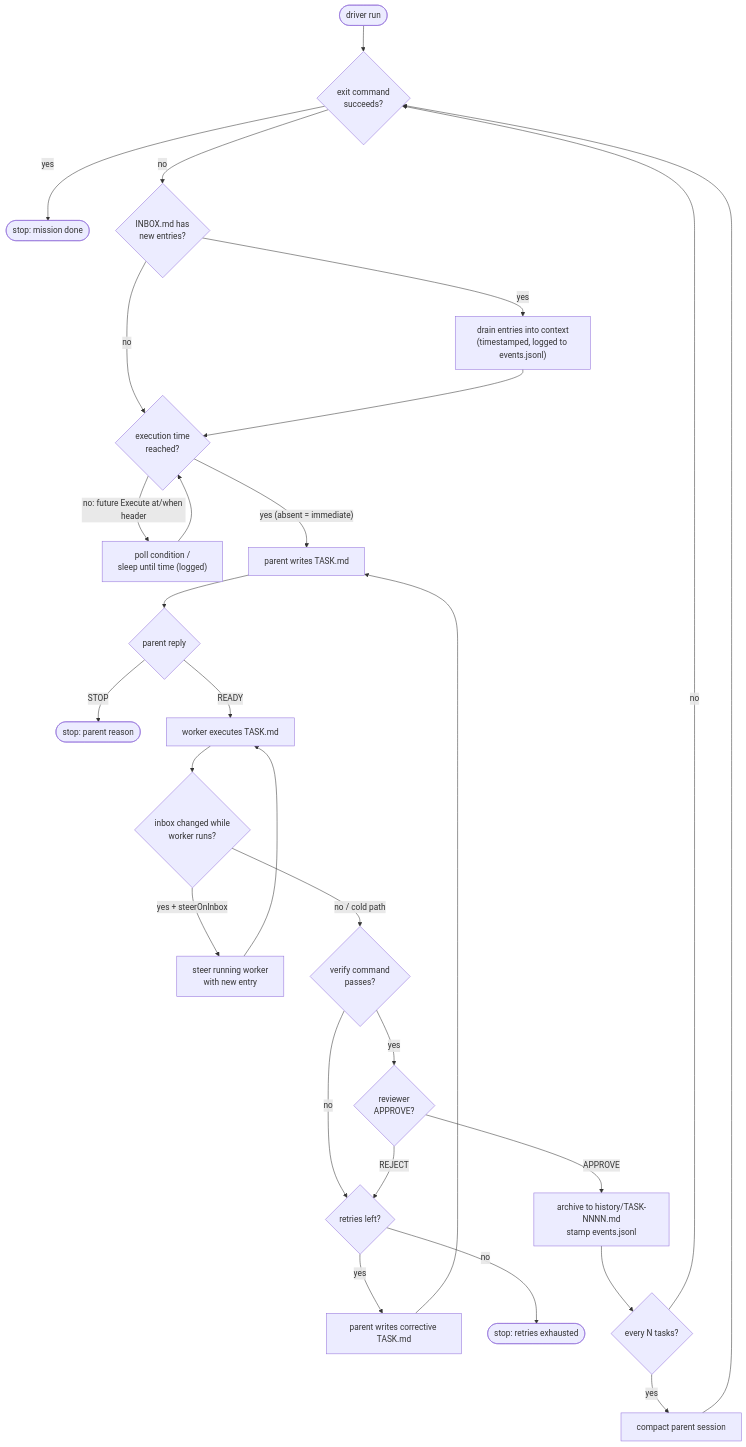
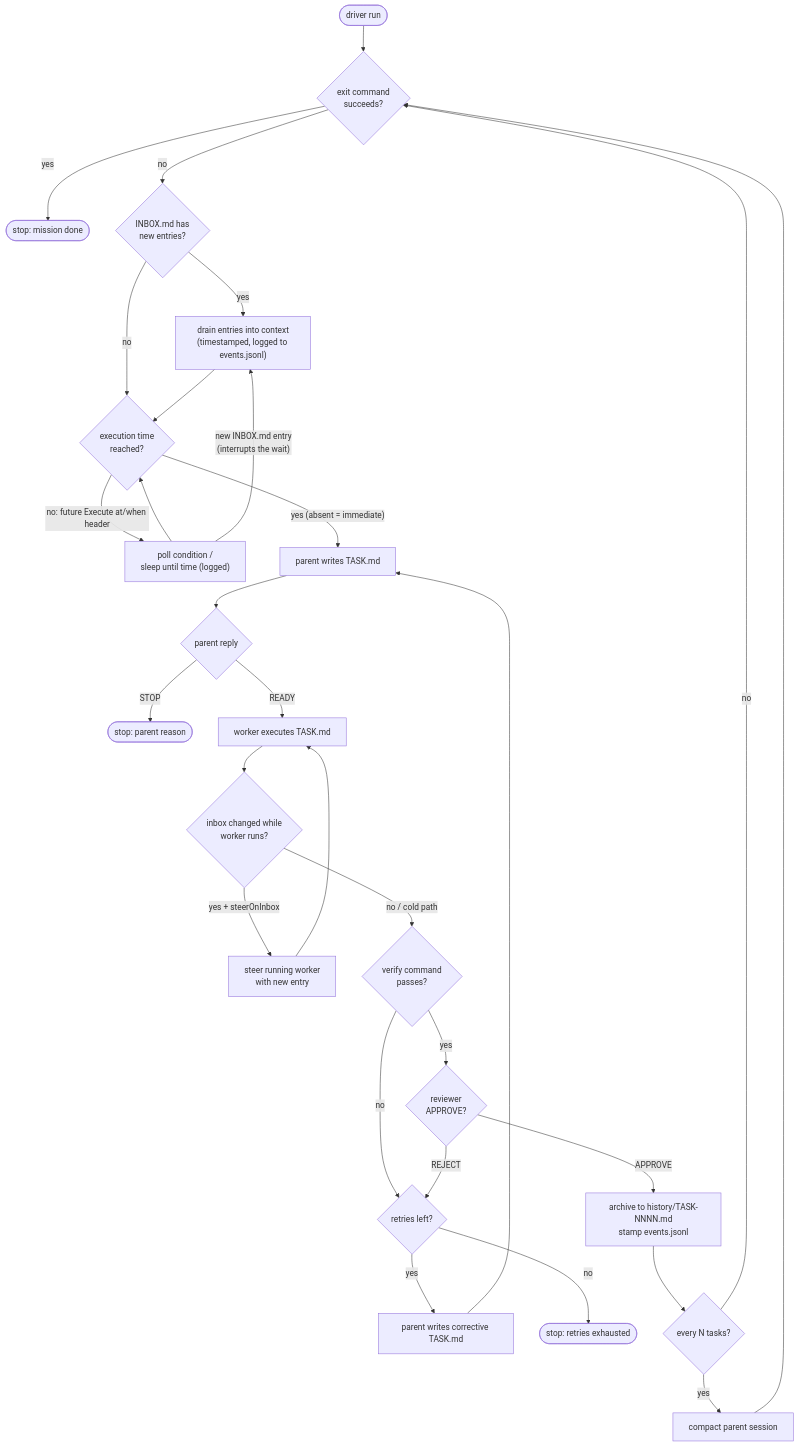
One commit to breitlip/plainloop changed the diagram in README.md. Above: the diagram before and after it, drawn with Mermaid. The commit also changed other lines of this file and 5 other files, not shown here.

First line of the commit message:
feat: INBOX.md interrupts a long wait

````diff
--- a/README.md
+++ b/README.md
@@ -28,30 +28,31 @@
 ```mermaid
 flowchart TD
     START([driver run]) --> EXIT{exit command<br/>succeeds?}
     EXIT -- yes --> DONE([stop: mission done])
     EXIT -- no --> INBOX{INBOX.md has<br/>new entries?}
     INBOX -- yes --> DRAIN["drain entries into context<br/>(timestamped, logged to events.jsonl)"]
     INBOX -- no --> SCHED
     DRAIN --> SCHED{execution time<br/>reached?}
     SCHED -- "no: future Execute at/when header" --> WAIT["poll condition /<br/>sleep until time (logged)"]
     WAIT --> SCHED
+    WAIT -- "new INBOX.md entry<br/>(interrupts the wait)" --> DRAIN
     SCHED -- "yes (absent = immediate)" --> PARENT["parent writes TASK.md"]
     PARENT --> PREPLY{parent reply}
     PREPLY -- "STOP <reason>" --> STOPPED([stop: parent reason])
     PREPLY -- READY --> WORKER["worker executes TASK.md"]
     WORKER --> HOT{inbox changed while<br/>worker runs?}
     HOT -- "yes + steerOnInbox" --> STEER["steer running worker<br/>with new entry"]
     STEER --> WORKER
     HOT -- "no / cold path" --> VERIFY{verify command<br/>passes?}
     VERIFY -- no --> RETRYQ{retries left?}
     VERIFY -- yes --> REVIEW{reviewer<br/>APPROVE?}
     REVIEW -- "REJECT <reason>" --> RETRYQ
     REVIEW -- APPROVE --> ARCHIVE["archive to history/TASK-NNNN.md<br/>stamp events.jsonl"]
     RETRYQ -- yes --> CORRECT["parent writes corrective TASK.md"]
     CORRECT --> PARENT
     RETRYQ -- no --> FAIL([stop: retries exhausted])
     ARCHIVE --> COMPACT{every N tasks?}
     COMPACT -- yes --> C[compact parent session]
     C --> EXIT
     COMPACT -- no --> EXIT
 ```
````
